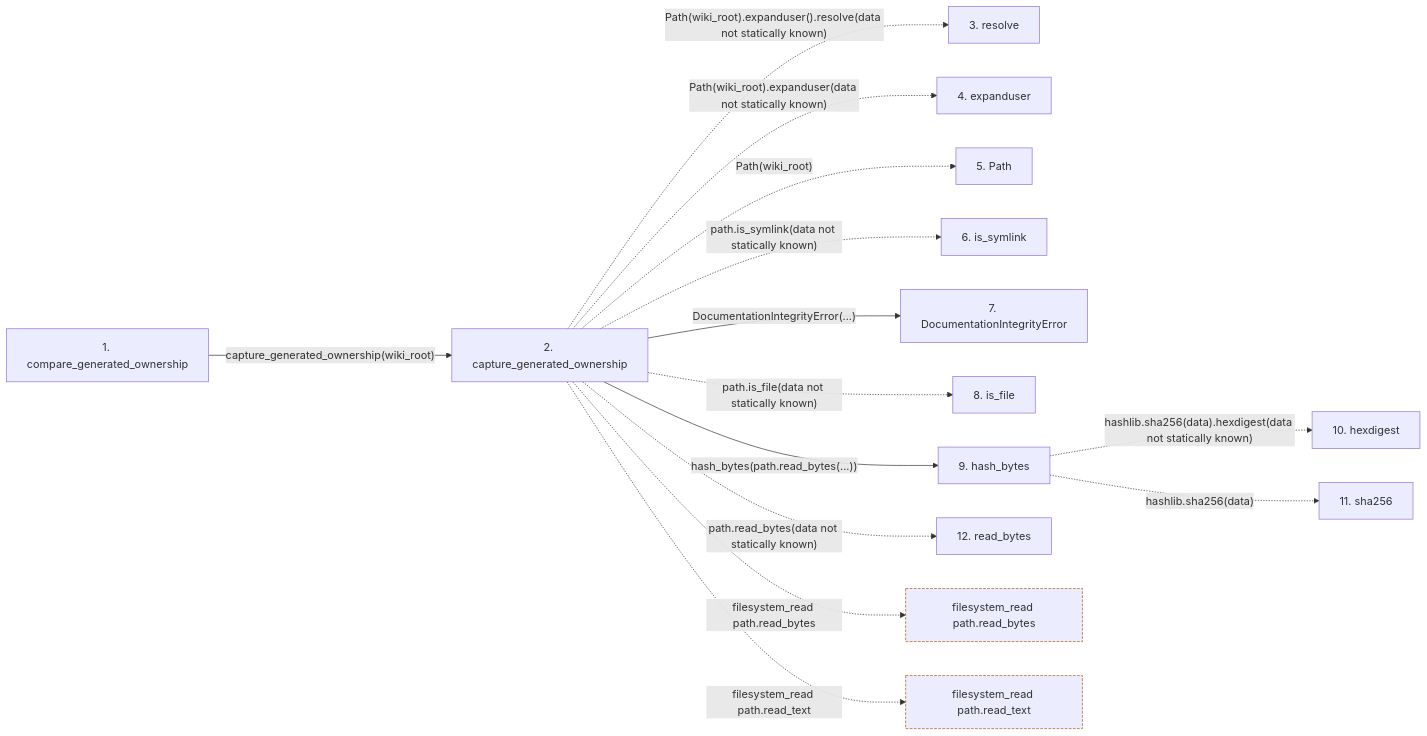
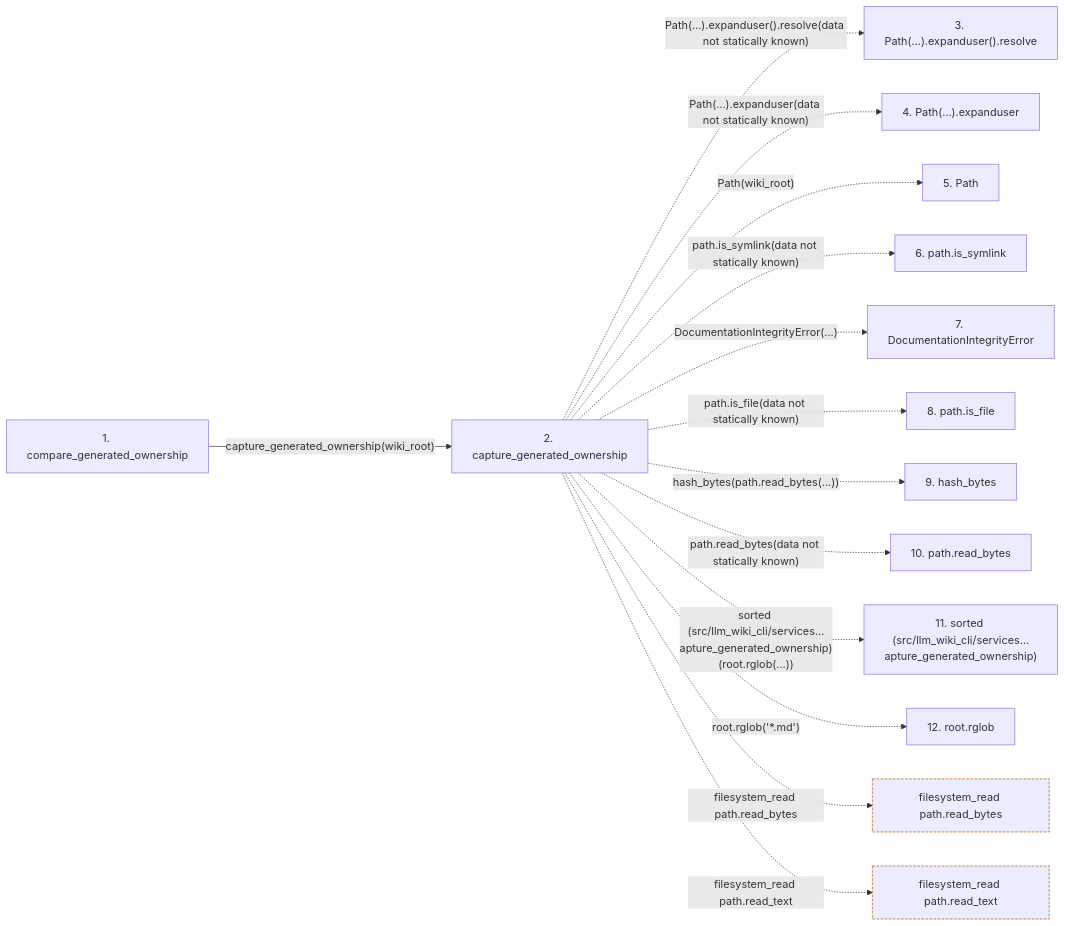
Before and after one commit to Denissvgn/python-wiki-llm: the second of 2 diagrams in docs/llm_wiki/flows/api-compare_generated_ownership.md, drawn with Mermaid. The commit also changed other lines of this file and 719 other files, not shown here.

````diff
--- a/docs/llm_wiki/flows/api-compare_generated_ownership.md
+++ b/docs/llm_wiki/flows/api-compare_generated_ownership.md
@@ -75,37 +76,35 @@
 ```mermaid
 flowchart LR
     s1["1. compare_generated_ownership"]
     s2["2. capture_generated_ownership"]
-    s3["3. resolve"]
-    s4["4. expanduser"]
+    s3["3. Path(…).expanduser().resolve"]
+    s4["4. Path(…).expanduser"]
     s5["5. Path"]
-    s6["6. is_symlink"]
+    s6["6. path.is_symlink"]
     s7["7. DocumentationIntegrityError"]
-    s8["8. is_file"]
+    s8["8. path.is_file"]
     s9["9. hash_bytes"]
-    s10["10. hexdigest"]
-    s11["11. sha256"]
-    s12["12. read_bytes"]
+    s10["10. path.read_bytes"]
+    s11["11. sorted (src/llm_wiki_cli/services…apture_generated_ownership)"]
+    s12["12. root.rglob"]
     s1 -->|"capture_generated_ownership(wiki_root)"| s2
-    s2 -. "Path(wiki_root).expanduser().resolve(data not statically known)" .-> s3
-    s2 -. "Path(wiki_root).expanduser(data not statically known)" .-> s4
+    s2 -. "Path(…).expanduser().resolve(data not statically known)" .-> s3
+    s2 -. "Path(…).expanduser(data not statically known)" .-> s4
     s2 -. "Path(wiki_root)" .-> s5
     s2 -. "path.is_symlink(data not statically known)" .-> s6
-    s2 -->|"DocumentationIntegrityError(...)"| s7
+    s2 -. "DocumentationIntegrityError(...)" .-> s7
     s2 -. "path.is_file(data not statically known)" .-> s8
-    s2 -->|"hash_bytes(path.read_bytes(...))"| s9
-    s9 -. "hashlib.sha256(data).hexdigest(data not statically known)" .-> s10
-    s9 -. "hashlib.sha256(data)" .-> s11
-    s2 -. "path.read_bytes(data not statically known)" .-> s12
+    s2 -. "hash_bytes(path.read_bytes(...))" .-> s9
+    s2 -. "path.read_bytes(data not statically known)" .-> s10
+    s2 -. "sorted (src/llm_wiki_cli/services…apture_generated_ownership)(root.rglob(...))" .-> s11
+    s2 -. "root.rglob('*.md')" .-> s12
     b0["filesystem_read path.read_bytes"]
     s2 -. "filesystem_read path.read_bytes" .-> b0
     b1["filesystem_read path.read_text"]
     s2 -. "filesystem_read path.read_text" .-> b1
     click s1 "../modules/integrity.md"
     click s2 "../modules/integrity.md"
-    click s7 "../modules/documentation_run_contracts.md"
-    click s9 "../modules/documentation_policy.md"
     classDef boundary stroke:#b45309,stroke-dasharray: 4 2
     class b0 boundary
     class b1 boundary
 ```
````
